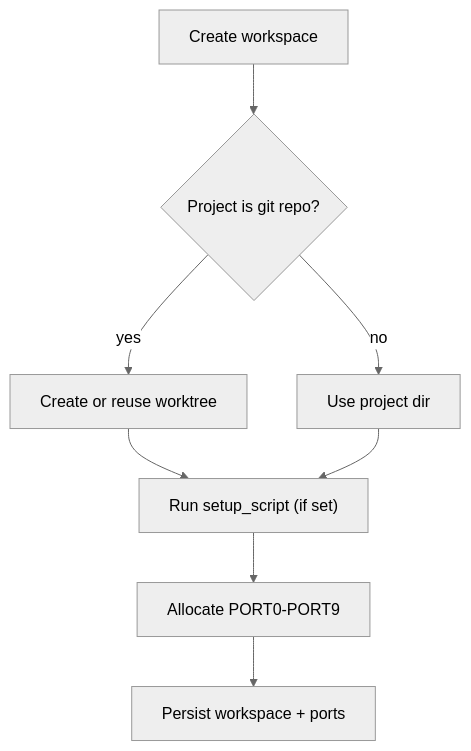
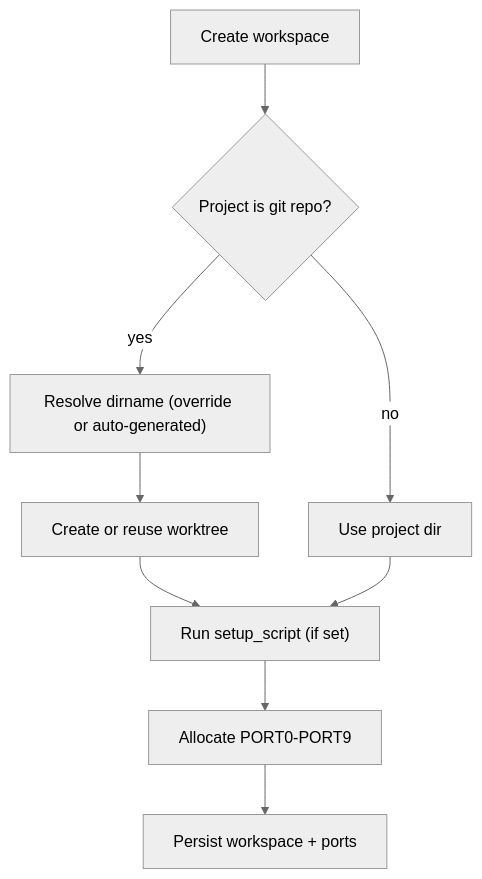
Before and after one commit to yogesh-dhande/spaces: the third of 5 diagrams in apps/macos/docs/architecture.md, drawn with Mermaid (neutral theme). The commit also changed other lines of this file and 11 other files, not shown here.

````diff
--- a/apps/macos/docs/architecture.md
+++ b/apps/macos/docs/architecture.md
@@ -199,10 +203,11 @@
 ```mermaid
 flowchart TD
   start["Create workspace"] --> git{"Project is git repo?"}
-  git -->|"yes"| worktree["Create or reuse worktree"]
+  git -->|"yes"| dirname["Resolve dirname (override or auto-generated)"]
+  dirname --> worktree["Create or reuse worktree"]
   git -->|"no"| dir["Use project dir"]
   worktree --> setup["Run setup_script (if set)"]
   dir --> setup
   setup --> ports["Allocate PORT0-PORT9"]
   ports --> persist["Persist workspace + ports"]
 ```
````
